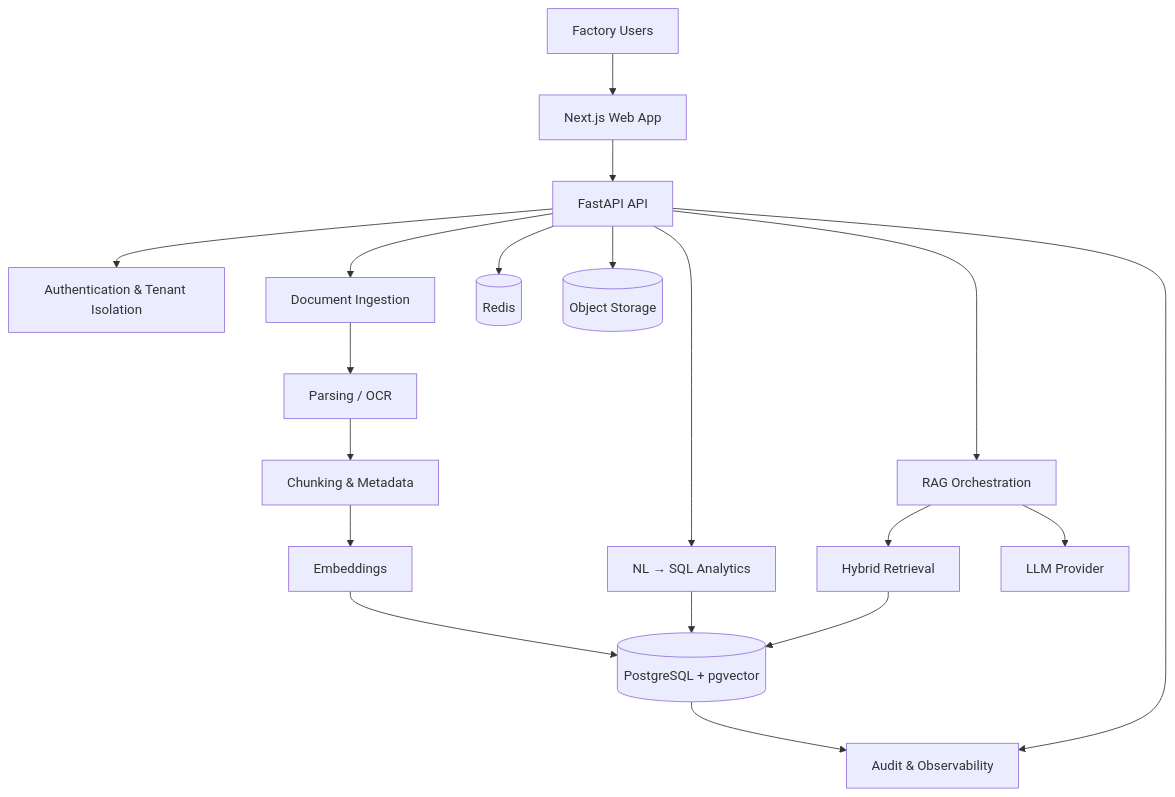
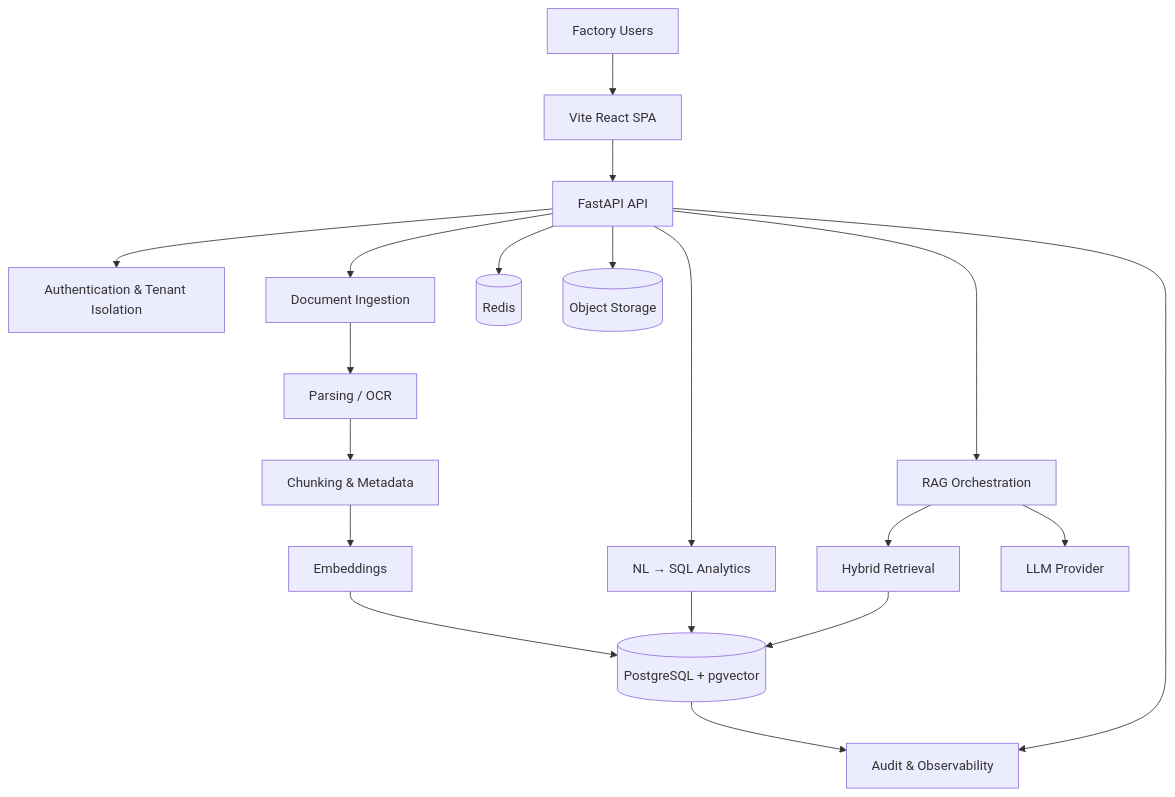
The diagram in README.md (mnxtr/M_I_OS), drawn with Mermaid before and after one commit. The commit also changed other lines of this file and 49 other files, not shown here.

Commit message:
feat(web): migrate premium workspace to Vite

````diff
--- a/README.md
+++ b/README.md
@@ -76,26 +76,26 @@
 ```mermaid
 flowchart TB
-    U[Factory Users] --> W[Next.js Web App]
+    U[Factory Users] --> W[Vite React SPA]
     W --> API[FastAPI API]
 
     API --> AUTH[Authentication & Tenant Isolation]
     API --> RAG[RAG Orchestration]
     API --> SQL[NL → SQL Analytics]
     API --> DOC[Document Ingestion]
 
     DOC --> PARSE[Parsing / OCR]
     PARSE --> CHUNK[Chunking & Metadata]
     CHUNK --> EMB[Embeddings]
     EMB --> PG[(PostgreSQL + pgvector)]
 
     SQL --> PG
     RAG --> RET[Hybrid Retrieval]
     RET --> PG
     RAG --> LLM[LLM Provider]
 
     API --> REDIS[(Redis)]
     API --> OBJ[(Object Storage)]
 
     PG --> AUDIT[Audit & Observability]
     API --> AUDIT
 ```
````
